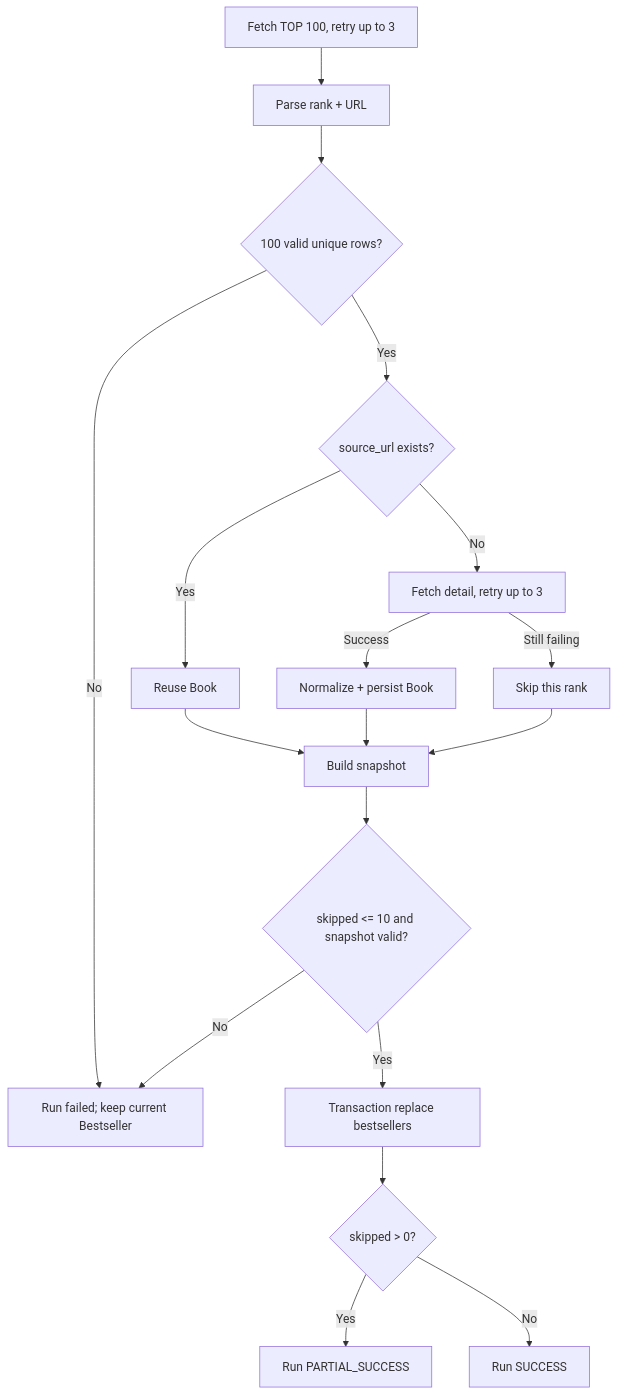
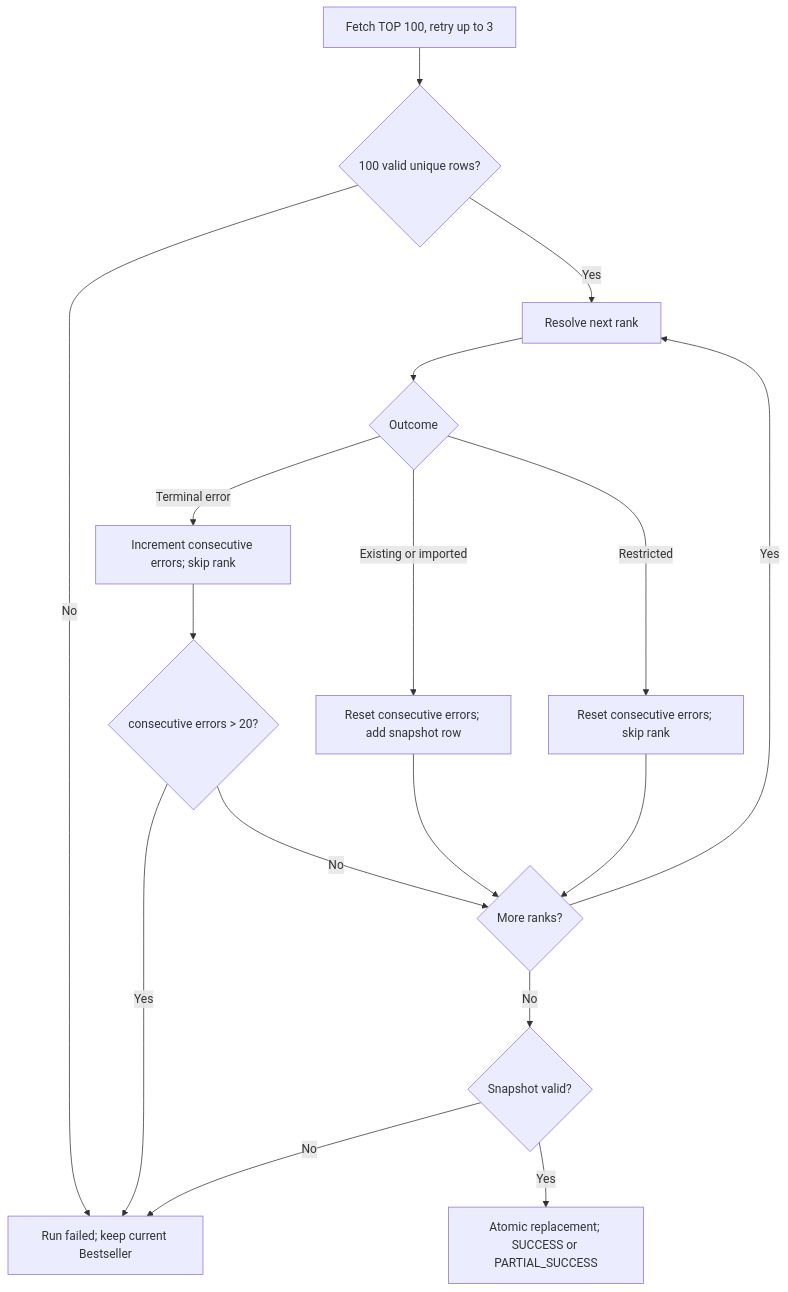
The diagram in Docs/modules/crawler.md (Arthur801/Book-Finder), drawn with Mermaid before and after one commit. The commit also changed other lines of this file and 31 other files, not shown here.

````diff
--- a/Docs/modules/crawler.md
+++ b/Docs/modules/crawler.md
@@ -36,20 +36,19 @@
 ```mermaid
 flowchart TD
-    A[Fetch TOP 100, retry up to 3] --> B[Parse rank + URL]
-    B --> C{100 valid unique rows?}
-    C -->|No| X[Run failed; keep current Bestseller]
-    C -->|Yes| D{source_url exists?}
-    D -->|Yes| E[Reuse Book]
-    D -->|No| F[Fetch detail, retry up to 3]
-    F -->|Success| G[Normalize + persist Book]
-    F -->|Still failing| S[Skip this rank]
-    E --> H[Build snapshot]
-    G --> H
-    S --> H
-    H --> I{skipped <= 10 and snapshot valid?}
-    I -->|No| X
-    I -->|Yes| J[Transaction replace bestsellers]
-    J --> K{skipped > 0?}
-    K -->|Yes| P[Run PARTIAL_SUCCESS]
-    K -->|No| Q[Run SUCCESS]
+    A[Fetch TOP 100, retry up to 3] --> B{100 valid unique rows?}
+    B -->|No| X[Run failed; keep current Bestseller]
+    B -->|Yes| C[Resolve next rank]
+    C --> D{Outcome}
+    D -->|Existing or imported| E[Reset consecutive errors; add snapshot row]
+    D -->|Restricted| F[Reset consecutive errors; skip rank]
+    D -->|Terminal error| G[Increment consecutive errors; skip rank]
+    G --> H{consecutive errors > 20?}
+    H -->|Yes| X
+    H -->|No| I{More ranks?}
+    E --> I
+    F --> I
+    I -->|Yes| C
+    I -->|No| J{Snapshot valid?}
+    J -->|No| X
+    J -->|Yes| K[Atomic replacement; SUCCESS or PARTIAL_SUCCESS]
 ```
````
